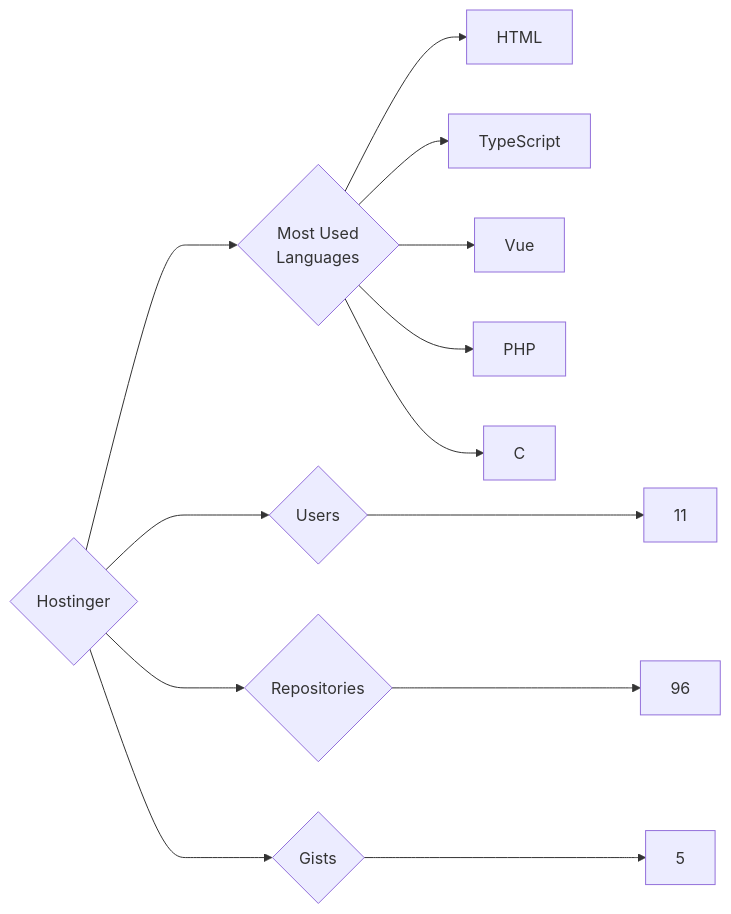
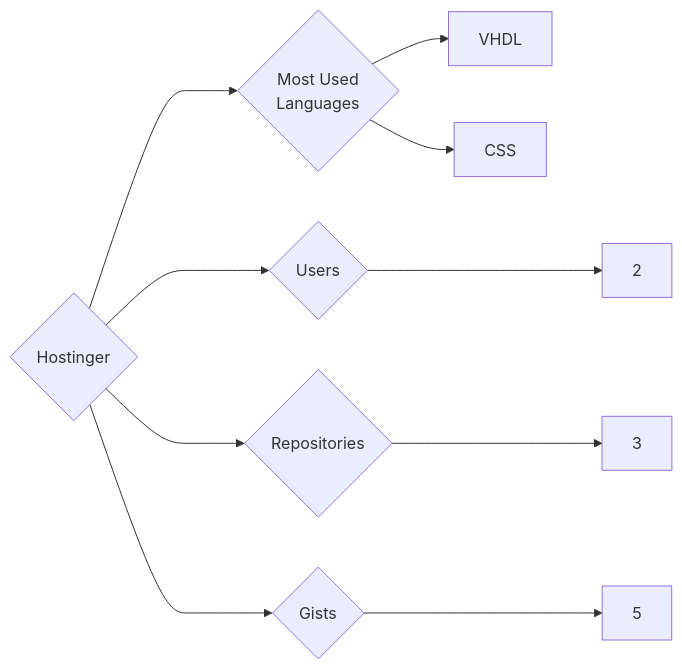
The diagram in targets/Hostinger/README.md (trickest/insiders), drawn with Mermaid before and after one commit. The commit also changed 934 other files, not shown here.

````diff
--- a/targets/Hostinger/README.md
+++ b/targets/Hostinger/README.md
@@ -3,13 +3,10 @@
 ```mermaid
 graph LR
 COMPANY_NAME{Hostinger}
-COMPANY_NAME ---> U{Users} ---> UN[11]
-COMPANY_NAME ---> R{Repositories} ---> RN[96]
+COMPANY_NAME ---> U{Users} ---> UN[2]
+COMPANY_NAME ---> R{Repositories} ---> RN[3]
 COMPANY_NAME ---> G{Gists} ---> GN[5]
 COMPANY_NAME ---> ML{Most Used<br>Languages}
-ML --> HTML[HTML]
-ML --> TypeScript[TypeScript]
-ML --> Vue[Vue]
-ML --> PHP[PHP]
-ML --> C[C]
+ML --> VHDL[VHDL]
+ML --> CSS[CSS]
 ```
````
